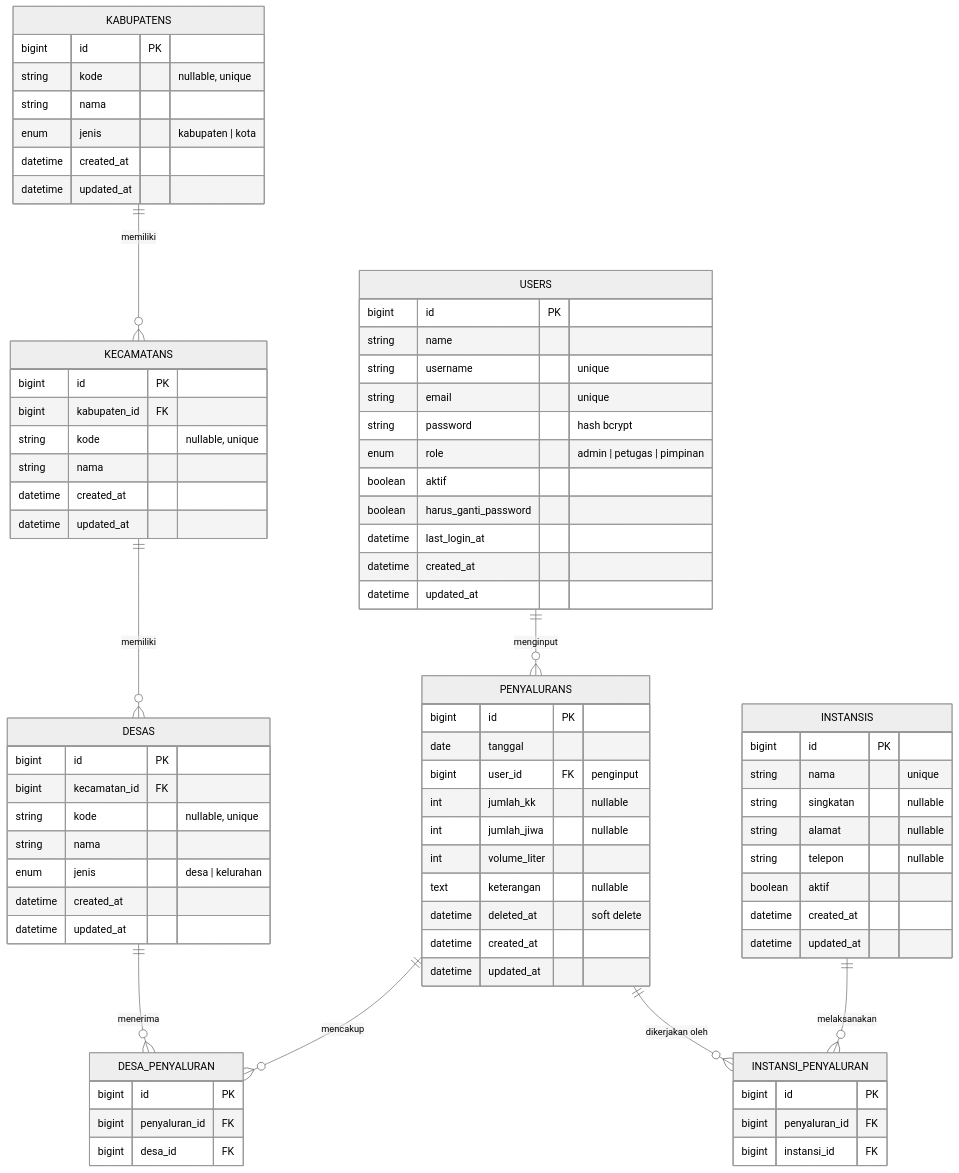
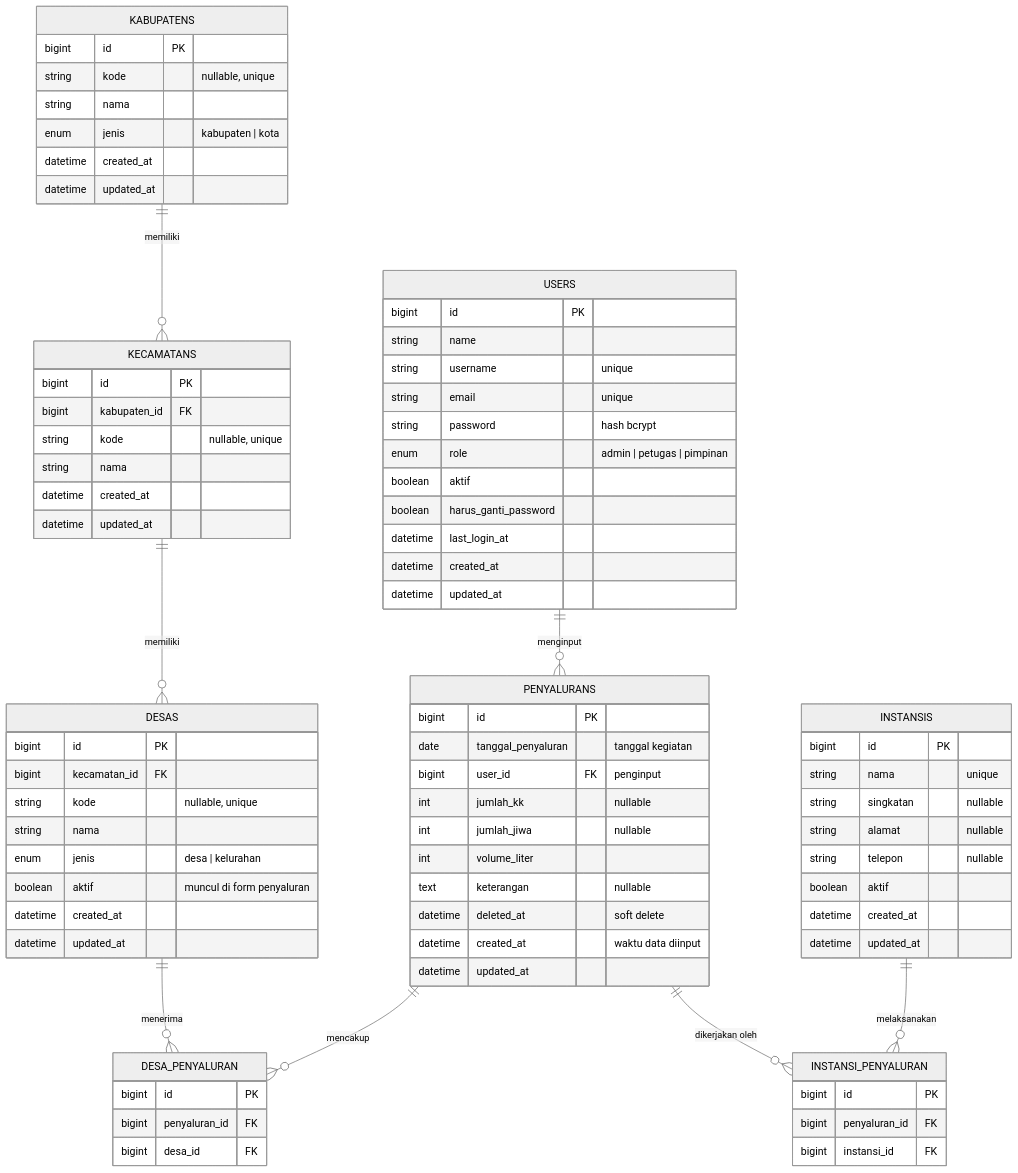
One commit to ajilandung/sicatat-bpbd-gorontalo changed the diagram in docs/database-schema.md. Above: the diagram before and after it, drawn with Mermaid (neutral theme). The commit also changed other lines of this file and 38 other files, not shown here.

```diff
--- a/docs/database-schema.md
+++ b/docs/database-schema.md
@@ -93,6 +94,7 @@
         string   kode        "nullable, unique"
         string   nama
         enum     jenis       "desa | kelurahan"
+        boolean  aktif       "muncul di form penyaluran"
         datetime created_at
         datetime updated_at
     }
@@ -124,14 +126,14 @@
 
     PENYALURANS {
         bigint   id PK
-        date     tanggal
+        date     tanggal_penyaluran "tanggal kegiatan"
         bigint   user_id FK       "penginput"
         int      jumlah_kk        "nullable"
         int      jumlah_jiwa      "nullable"
         int      volume_liter
         text     keterangan       "nullable"
         datetime deleted_at       "soft delete"
-        datetime created_at
+        datetime created_at       "waktu data diinput"
         datetime updated_at
     }
 
```
